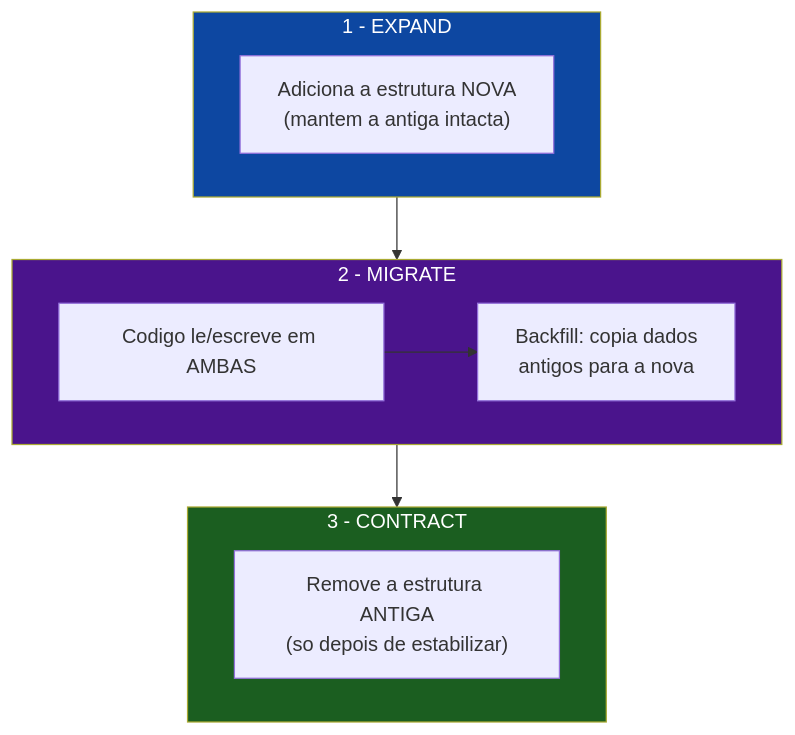
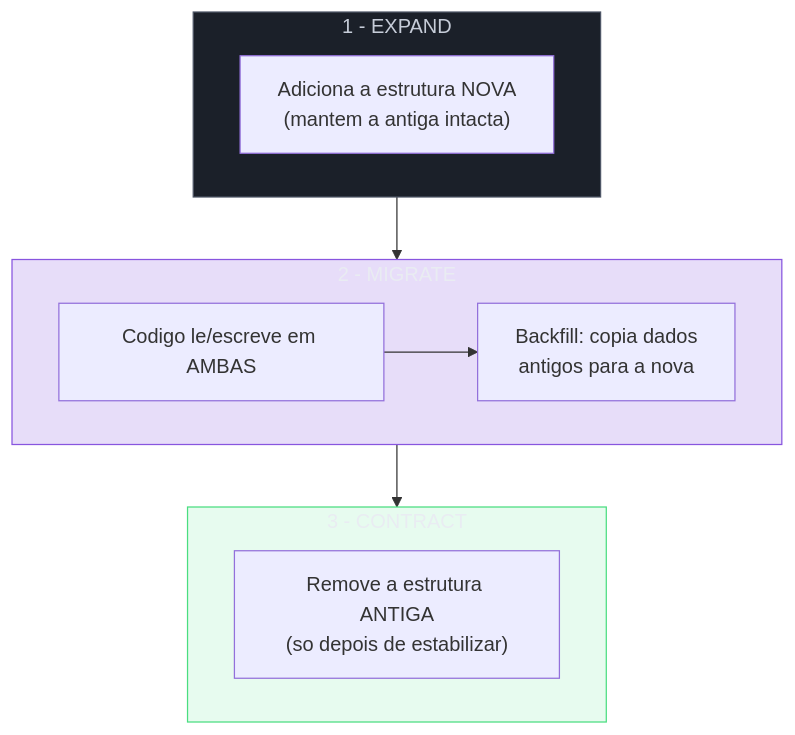
Before and after one commit to josenaldo/codex-technomanticus: the second of 5 diagrams in 03-Dominios/Ciência/Banco de Dados/15 - Operação em produção.md, drawn with Mermaid. The commit also changed other lines of this file and 1181 other files, not shown here.

First line of the commit message:
fix(diagramas): paleta do sistema no lugar de cor cravada no markdown

````diff
--- a/03-Dominios/Ciência/Banco de Dados/15 - Operação em produção.md
+++ b/03-Dominios/Ciência/Banco de Dados/15 - Operação em produção.md
@@ -79,17 +81,20 @@
 ```mermaid
 flowchart TD
+    classDef neutro fill:#1B2029,stroke:#4E5666,color:#C6CCD8
+    classDef marca fill:#8855DF33,stroke:#8855DF,color:#E9ECF2
+    classDef ok fill:#4ADE8021,stroke:#4ADE80,color:#E9ECF2
     subgraph F1["1 - EXPAND"]
         A["Adiciona a estrutura NOVA<br/>(mantem a antiga intacta)"]
     end
     subgraph F2["2 - MIGRATE"]
         B["Codigo le/escreve em AMBAS"]
         B --> C["Backfill: copia dados<br/>antigos para a nova"]
     end
     subgraph F3["3 - CONTRACT"]
         D["Remove a estrutura ANTIGA<br/>(so depois de estabilizar)"]
     end
     F1 --> F2 --> F3
-    style F1 fill:#0d47a1,color:#fff
-    style F2 fill:#4a148c,color:#fff
-    style F3 fill:#1b5e20,color:#fff
+    class F1 neutro
+    class F2 marca
+    class F3 ok
 ```
````
